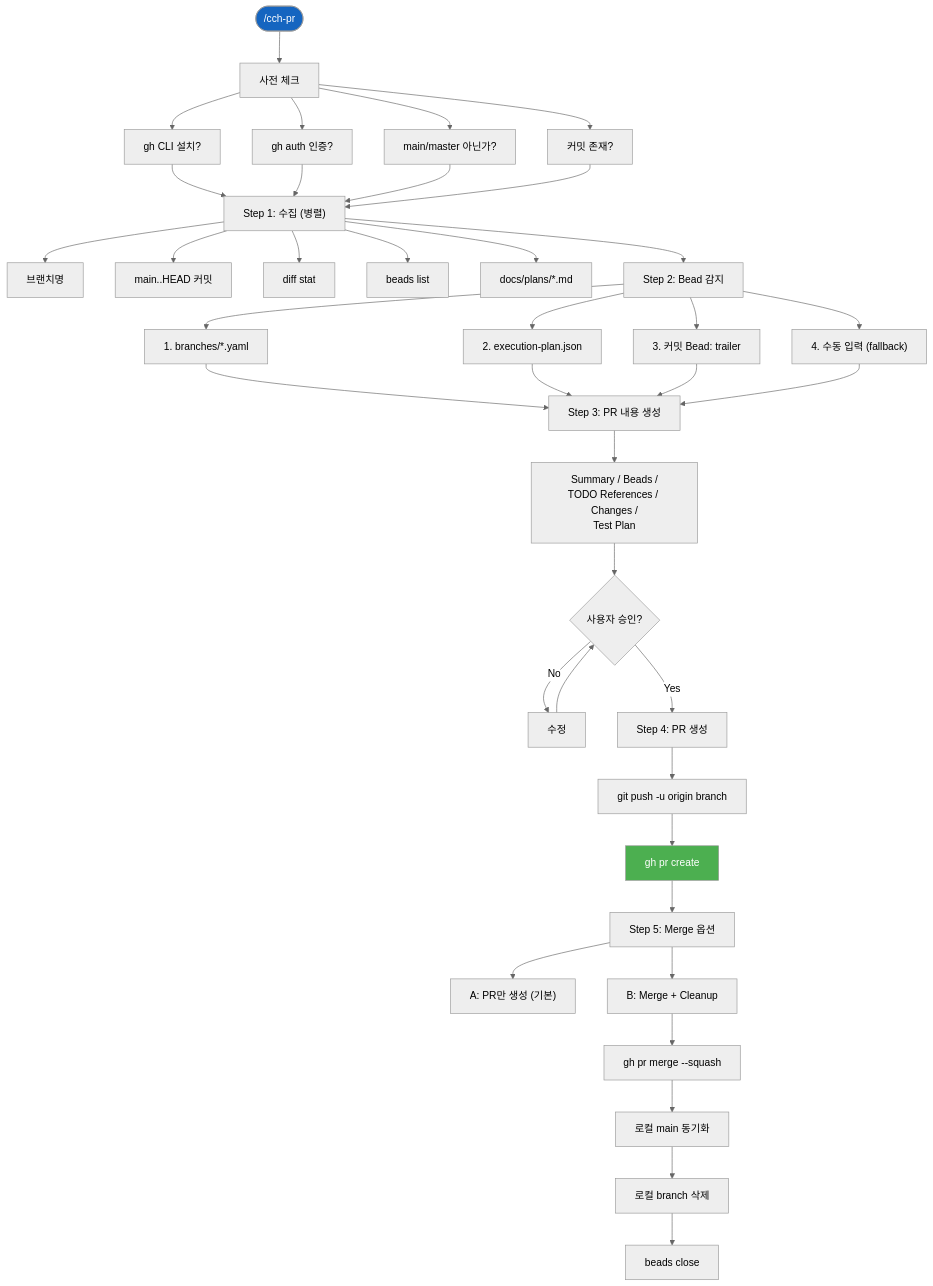
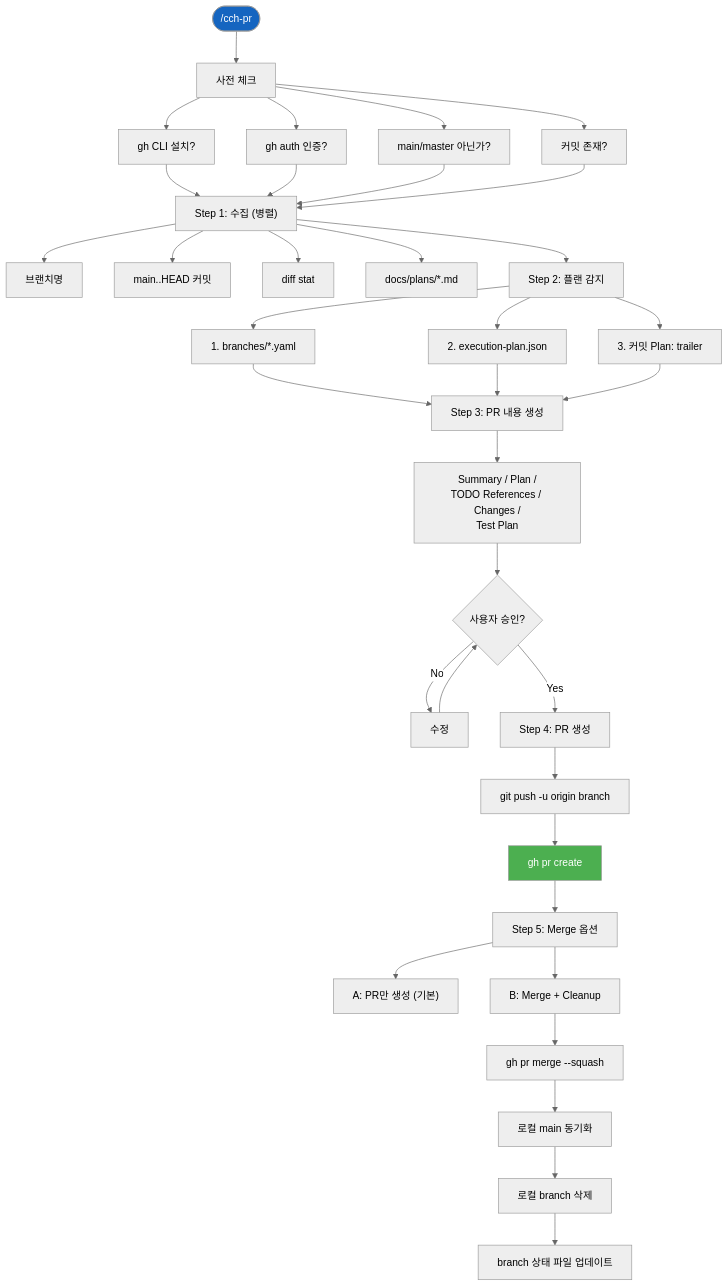
The ninth of 17 diagrams in docs/diagrams/cch-workflows.md (skdkfk8758/claude-code-harness), drawn with Mermaid (neutral theme) before and after one commit. The commit also changed other lines of this file and 1 other file, not shown here.

First line of the commit message:
docs: update workflow diagrams for v3, archive plugin reference

````diff
--- a/docs/diagrams/cch-workflows.md
+++ b/docs/diagrams/cch-workflows.md
@@ -480,43 +430,41 @@
 ```mermaid
 flowchart TD
     START(["/cch-pr"]) --> PRE["사전 체크"]
     PRE --> P1["gh CLI 설치?"]
     PRE --> P2["gh auth 인증?"]
     PRE --> P3["main/master 아닌가?"]
     PRE --> P4["커밋 존재?"]
 
     P1 & P2 & P3 & P4 --> COLLECT["Step 1: 수집 (병렬)"]
     COLLECT --> BRANCH["브랜치명"]
     COLLECT --> COMMITS["main..HEAD 커밋"]
     COLLECT --> STAT["diff stat"]
-    COLLECT --> BEADS_LIST["beads list"]
     COLLECT --> PLANS["docs/plans/*.md"]
 
-    COLLECT --> BEAD_DETECT["Step 2: Bead 감지"]
-    BEAD_DETECT --> BD1["1. branches/*.yaml"]
-    BEAD_DETECT --> BD2["2. execution-plan.json"]
-    BEAD_DETECT --> BD3["3. 커밋 Bead: trailer"]
-    BEAD_DETECT --> BD4["4. 수동 입력 (fallback)"]
+    COLLECT --> PLAN_DETECT["Step 2: 플랜 감지"]
+    PLAN_DETECT --> PD1["1. branches/*.yaml"]
+    PLAN_DETECT --> PD2["2. execution-plan.json"]
+    PLAN_DETECT --> PD3["3. 커밋 Plan: trailer"]
 
-    BD1 & BD2 & BD3 & BD4 --> GENERATE["Step 3: PR 내용 생성"]
-    GENERATE --> BODY["Summary / Beads /<br/>TODO References / Changes /<br/>Test Plan"]
+    PD1 & PD2 & PD3 --> GENERATE["Step 3: PR 내용 생성"]
+    GENERATE --> BODY["Summary / Plan /<br/>TODO References / Changes /<br/>Test Plan"]
     BODY --> APPROVE{"사용자 승인?"}
     APPROVE -->|No| REVISE["수정"]
     REVISE --> APPROVE
     APPROVE -->|Yes| CREATE["Step 4: PR 생성"]
 
     CREATE --> PUSH["git push -u origin branch"]
     PUSH --> GH["gh pr create"]
 
     GH --> OPTION["Step 5: Merge 옵션"]
     OPTION --> OPT_A["A: PR만 생성 (기본)"]
     OPTION --> OPT_B["B: Merge + Cleanup"]
 
     OPT_B --> MERGE["gh pr merge --squash"]
     MERGE --> SYNC["로컬 main 동기화"]
     SYNC --> DEL["로컬 branch 삭제"]
-    DEL --> BEAD_CLOSE["beads close"]
+    DEL --> BR_UPDATE["branch 상태 파일 업데이트"]
 
     style START fill:#1565C0,color:white
     style GH fill:#4CAF50,color:white
 ```
````
